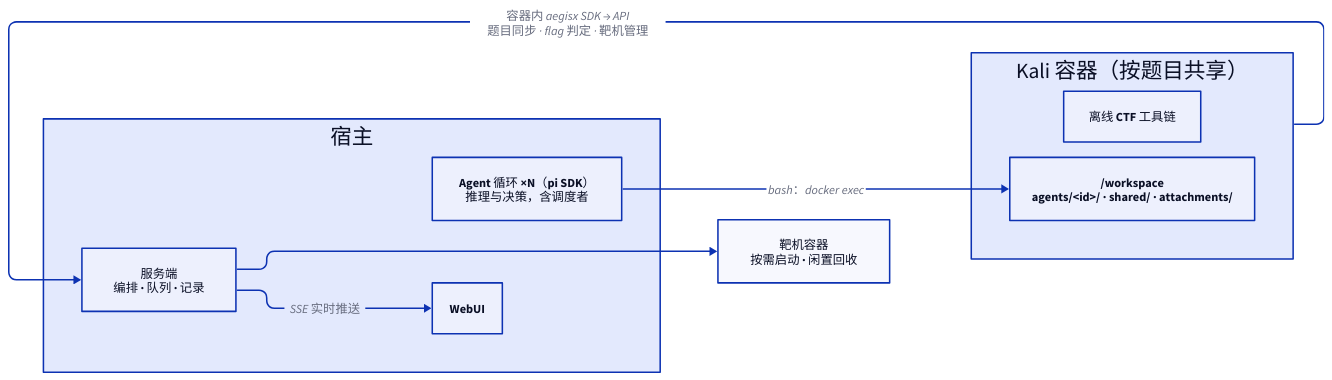
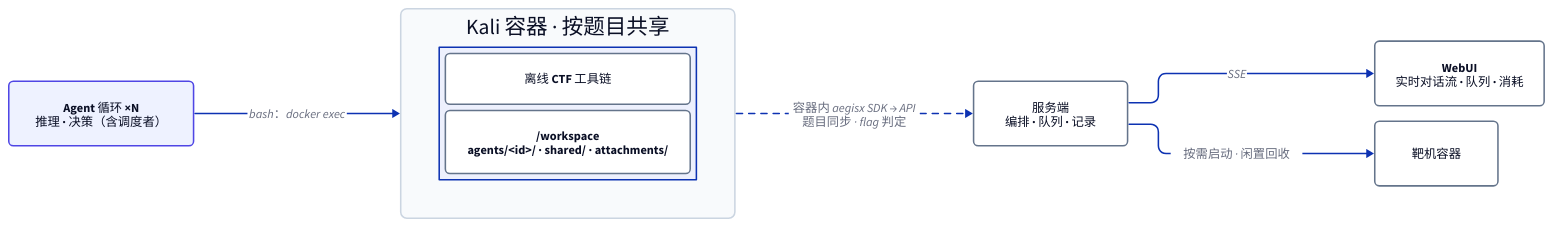
Before and after one commit to fangtimmy/aegisx: the diagram in docs/figures/fig5-execution-architecture.d2, drawn with D2. The commit also changed 17 other files, not shown here.

Commit message:
docs: redraw the report figures — grid alignment, container-level direct connectors, unified gray-white style with a single accent color; figure 5 rebuilt as a horizontal pipeline

```diff
--- a/docs/figures/fig5-execution-architecture.d2
+++ b/docs/figures/fig5-execution-architecture.d2
@@ -1,21 +1,67 @@
 direction: right
 vars: { d2-config: { layout-engine: elk } }
 
-宿主: {
-  agent: "Agent 循环 ×N（pi SDK）\n推理与决策，含调度者"
-  server: "服务端\n编排 · 队列 · 记录"
-  webui: "WebUI"
-
-  server -> webui: "SSE 实时推送"
+classes: {
+  box: {
+    style: {
+      fill: "#ffffff"
+      stroke: "#64748b"
+      border-radius: 6
+    }
+  }
+  key: {
+    style: {
+      fill: "#eef2ff"
+      stroke: "#4f46e5"
+      border-radius: 6
+    }
+  }
+  grp: {
+    style: {
+      fill: "#f8fafc"
+      stroke: "#cbd5e1"
+      border-radius: 8
+    }
+  }
 }
 
-容器: "Kali 容器（按题目共享）" {
-  tools: "离线 CTF 工具链"
-  ws: "/workspace\nagents/<id>/ · shared/ · attachments/"
+agent: "Agent 循环 ×N\n推理 · 决策（含调度者）" {
+  class: key
+  width: 240
+  height: 84
 }
 
-靶机: "靶机容器\n按需启动 · 闲置回收"
+容器: "Kali 容器 · 按题目共享" {
+  class: grp
+  g: "" {
+    grid-rows: 2
+    grid-columns: 1
+    grid-gap: 8
 
-宿主.agent -> 容器.ws: "bash：docker exec"
-容器 -> 宿主.server: "容器内 aegisx SDK → API\n题目同步 · flag 判定 · 靶机管理"
-宿主.server -> 靶机
+    tools: "离线 CTF 工具链" {class: box}
+    ws: "/workspace\nagents/<id>/ · shared/ · attachments/" {class: box}
+  }
+}
+
+server: "服务端\n编排 · 队列 · 记录" {
+  class: box
+  width: 200
+  height: 84
+}
+
+webui: "WebUI\n实时对话流 · 队列 · 消耗" {
+  class: box
+  width: 220
+  height: 84
+}
+
+靶机: "靶机容器" {
+  class: box
+  width: 160
+  height: 84
+}
+
+agent -> 容器: "bash：docker exec"
+容器 -> server: "容器内 aegisx SDK → API\n题目同步 · flag 判定" {style.stroke-dash: 4}
+server -> webui: "SSE"
+server -> 靶机: "按需启动 · 闲置回收"
```
